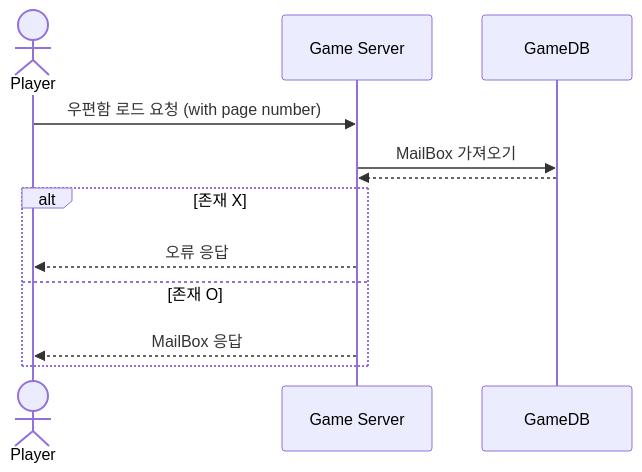
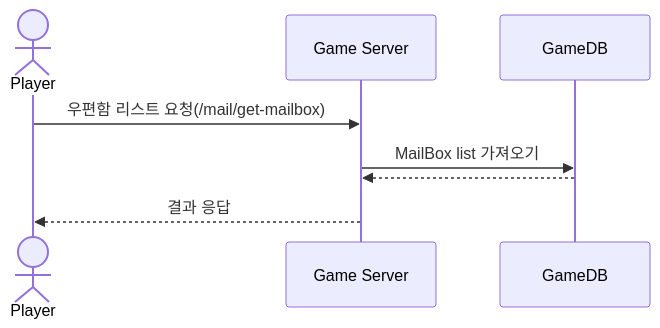
The first of 4 diagrams in SequenceDiagram/MailBox.md (yujinS0/Omok-Game), drawn with Mermaid before and after one commit. The commit also changed other lines of this file, not shown here.

````diff
--- a/SequenceDiagram/MailBox.md
+++ b/SequenceDiagram/MailBox.md
@@ -7,15 +10,11 @@
 ```mermaid
 sequenceDiagram
 	actor Player
 	participant Game Server
   participant GameDB
 
-	Player ->> Game Server : 우편함 로드 요청 (with page number)
-	Game Server ->> GameDB : MailBox 가져오기
+	Player ->> Game Server : 우편함 리스트 요청(/mail/get-mailbox)
+	Game Server ->> GameDB : MailBox list 가져오기
 	GameDB -->> Game Server : 
-	alt 존재 X
-		Game Server -->> Player : 오류 응답
-	else 존재 O
-		Game Server -->> Player : MailBox 응답
-	end
+	Game Server -->> Player : 결과 응답
 ```
````
